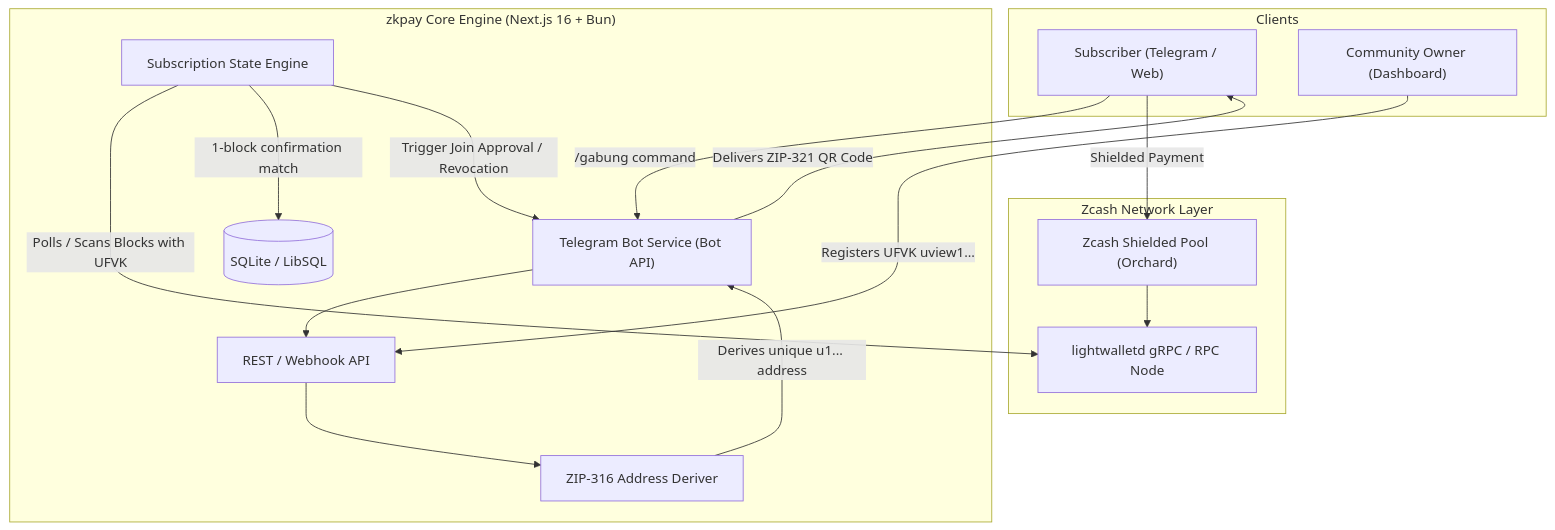
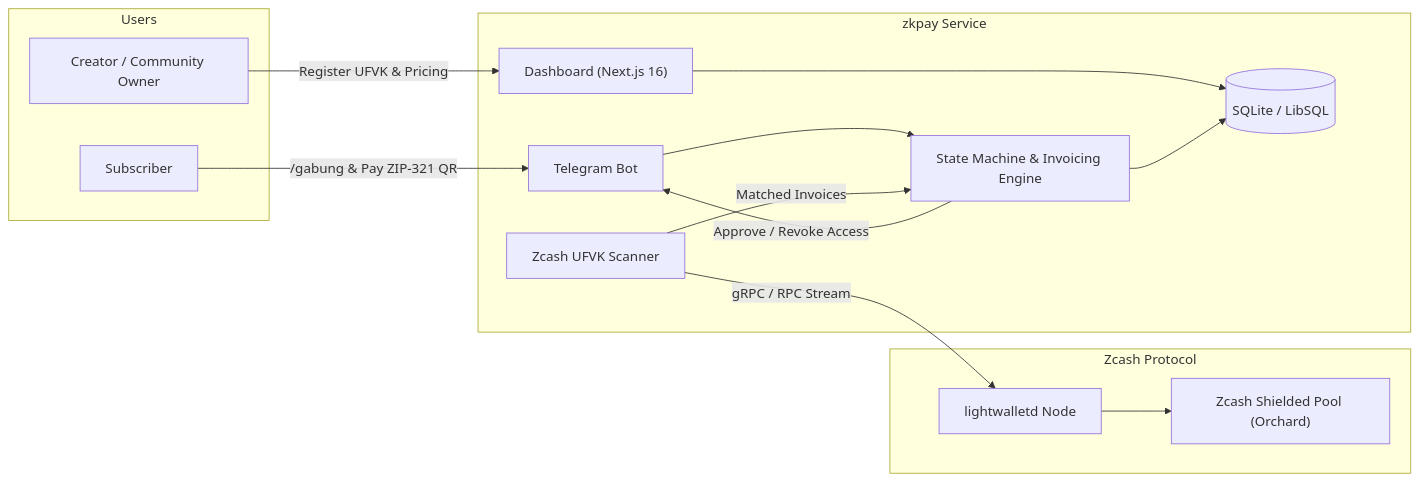
One commit to theodhorex/zkpay changed the diagram in README.md. Above: the diagram before and after it, drawn with Mermaid. The commit also changed other lines of this file, not shown here.

````diff
--- a/README.md
+++ b/README.md
@@ -94,33 +160,30 @@
 ```mermaid
-flowchart TD
-    subgraph Client ["Clients"]
-        MemberTelegram["Subscriber (Telegram / Web)"]
-        OwnerWeb["Community Owner (Dashboard)"]
+flowchart LR
+    subgraph Users ["Users"]
+        Sub["Subscriber"]
+        Owner["Creator / Community Owner"]
     end
 
-    subgraph Core ["zkpay Core Engine (Next.js 16 + Bun)"]
-        API["REST / Webhook API"]
+    subgraph Service ["zkpay Service"]
+        Web["Dashboard (Next.js 16)"]
+        Bot["Telegram Bot"]
+        Engine["State Machine & Invoicing Engine"]
         DB[(SQLite / LibSQL)]
-        Engine["Subscription State Engine"]
-        Deriver["ZIP-316 Address Deriver"]
-        Bot["Telegram Bot Service (Bot API)"]
+        Scanner["Zcash UFVK Scanner"]
     end
 
-    subgraph ZcashNetwork ["Zcash Network Layer"]
-        LWD["lightwalletd gRPC / RPC Node"]
-        OrchardPool["Zcash Shielded Pool (Orchard)"]
+    subgraph Zcash ["Zcash Protocol"]
+        LWD["lightwalletd Node"]
+        Chain["Zcash Shielded Pool (Orchard)"]
     end
 
-    OwnerWeb -->|Registers UFVK uview1...| API
-    MemberTelegram -->|/gabung command| Bot
-    Bot --> API
-    API --> Deriver
-    Deriver -->|Derives unique u1... address| Bot
-    Bot -->|Delivers ZIP-321 QR Code| MemberTelegram
-
-    MemberTelegram -->|Shielded Payment| OrchardPool
-    OrchardPool --> LWD
-    Engine -->|Polls / Scans Blocks with UFVK| LWD
-    Engine -->|1-block confirmation match| DB
-    Engine -->|Trigger Join Approval / Revocation| Bot
+    Owner -->|Register UFVK & Pricing| Web
+    Sub -->|/gabung & Pay ZIP-321 QR| Bot
+    Bot --> Engine
+    Web --> DB
+    Engine --> DB
+    Scanner -->|gRPC / RPC Stream| LWD
+    LWD --> Chain
+    Scanner -->|Matched Invoices| Engine
+    Engine -->|Approve / Revoke Access| Bot
 ```
````
